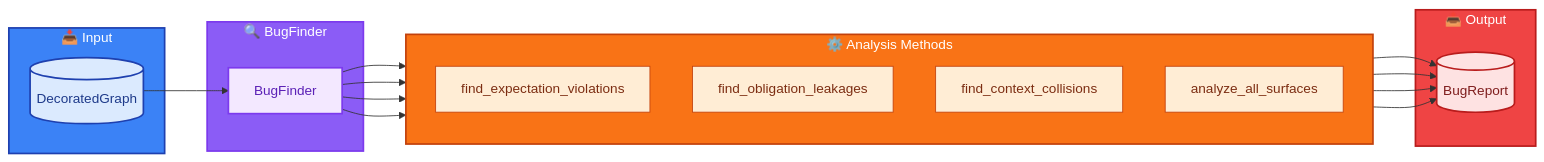
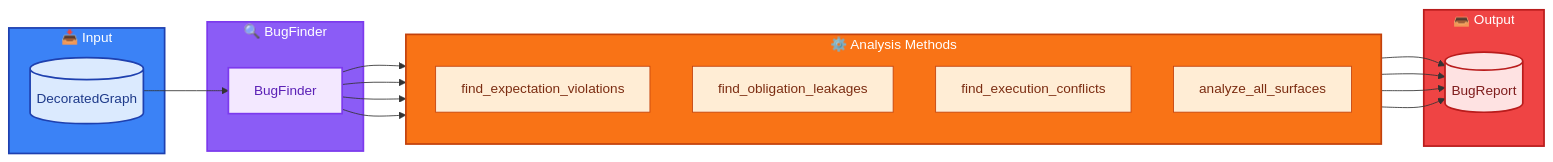
The tenth of 10 diagrams in .tasks/plans/algorithm bug finder/feedback.md (nestharus/ai-workflow), drawn with Mermaid before and after one commit. The commit also changed other lines of this file and 14 other files, not shown here.

````diff
--- a/.tasks/plans/algorithm bug finder/feedback.md
+++ b/.tasks/plans/algorithm bug finder/feedback.md
@@ -376,33 +393,33 @@
 ```mermaid
 flowchart LR
     subgraph input[📥 Input]
         Input[("DecoratedGraph")]:::data
     end
     subgraph processor[🔍 BugFinder]
         BF["BugFinder"]:::processor
     end
     subgraph analysis[⚙️ Analysis Methods]
         direction TB
         EV["find_expectation_violations"]:::method
         OL["find_obligation_leakages"]:::method
-        CC["find_context_collisions"]:::method
+        CC["find_execution_conflicts"]:::method
         SA["analyze_all_surfaces"]:::method
     end
     subgraph output[📤 Output]
         Report[("BugReport")]:::report
     end
 
     Input --> BF
     BF --> EV & OL & CC & SA
     EV & OL & CC & SA --> Report
 
     classDef data fill:#dbeafe,stroke:#1e40af,stroke-width:2px,color:#1e3a8a
     classDef processor fill:#f3e8ff,stroke:#7c3aed,stroke-width:2px,color:#5b21b6
     classDef method fill:#ffedd5,stroke:#c2410c,color:#7c2d12
     classDef report fill:#fee2e2,stroke:#b91c1c,stroke-width:2px,color:#7f1d1d
 
     style input fill:#3b82f6,stroke:#1e40af,stroke-width:2px,color:#ffffff
     style processor fill:#8b5cf6,stroke:#7c3aed,stroke-width:2px,color:#ffffff
     style analysis fill:#f97316,stroke:#c2410c,stroke-width:2px,color:#ffffff
     style output fill:#ef4444,stroke:#b91c1c,stroke-width:2px,color:#ffffff
 ```
````
